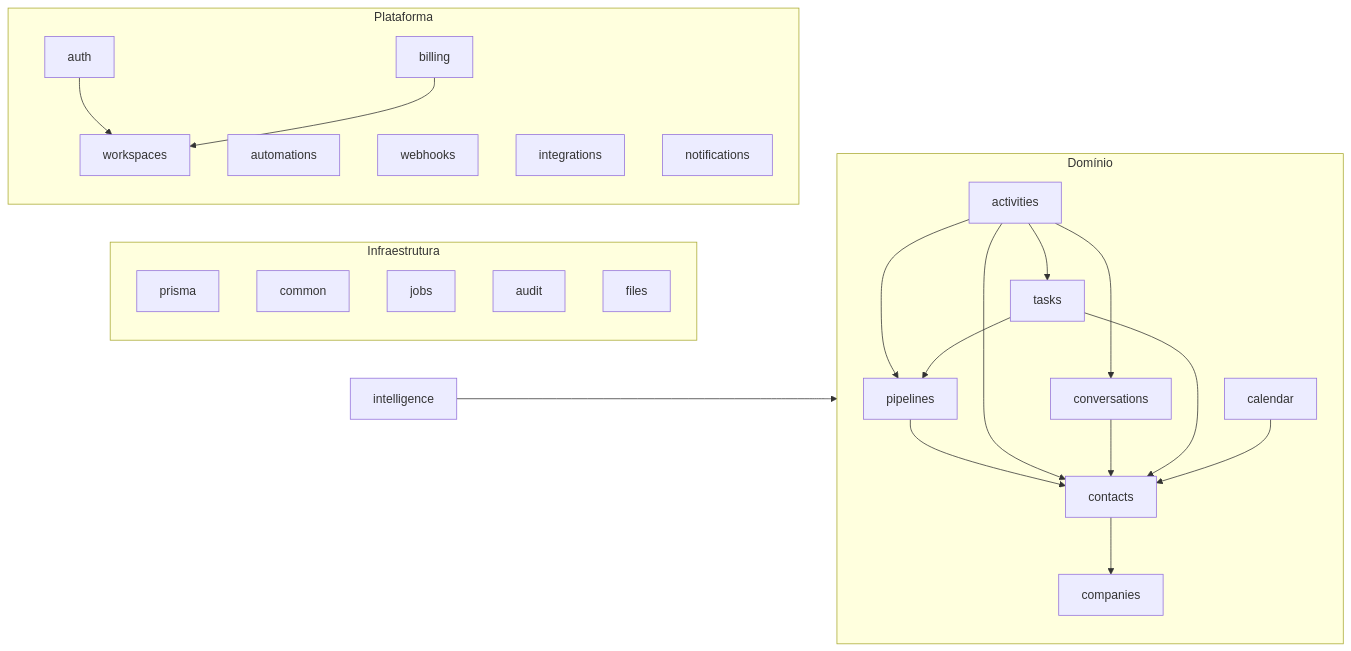
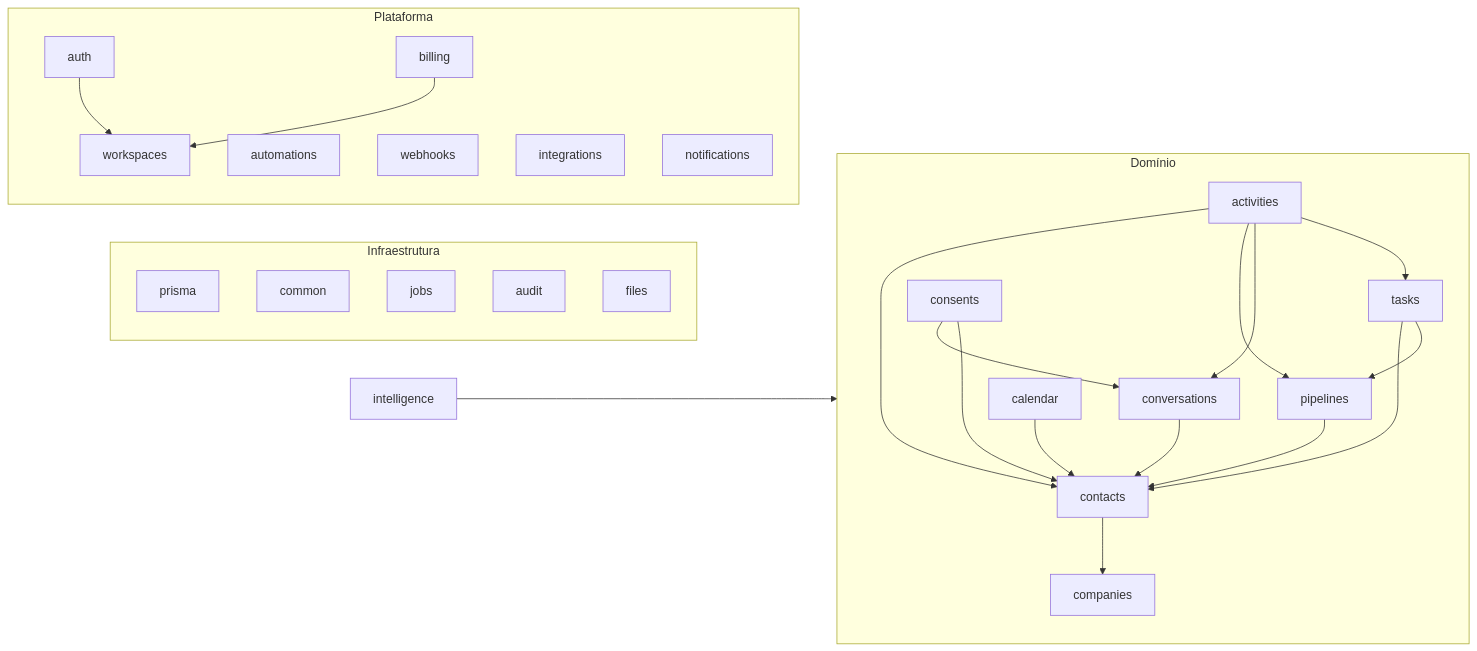
The second of 2 diagrams in docs/ARCHITECTURE.md (AurelioromeuConsultoria/veyra), drawn with Mermaid before and after one commit. The commit also changed other lines of this file and 44 other files, not shown here.

````diff
--- a/docs/ARCHITECTURE.md
+++ b/docs/ARCHITECTURE.md
@@ -74,20 +74,21 @@
 ```mermaid
 graph LR
     subgraph Infraestrutura
         prisma; common; jobs; audit; files
     end
     subgraph Plataforma
         auth --> workspaces
         billing --> workspaces
         automations; webhooks; integrations; notifications
     end
     subgraph Domínio
         contacts --> companies
         pipelines --> contacts
         activities --> contacts & pipelines & conversations & tasks
         conversations --> contacts
+        consents --> conversations & contacts
         tasks --> contacts & pipelines
         calendar --> contacts
     end
     intelligence --> Domínio
 ```
````
